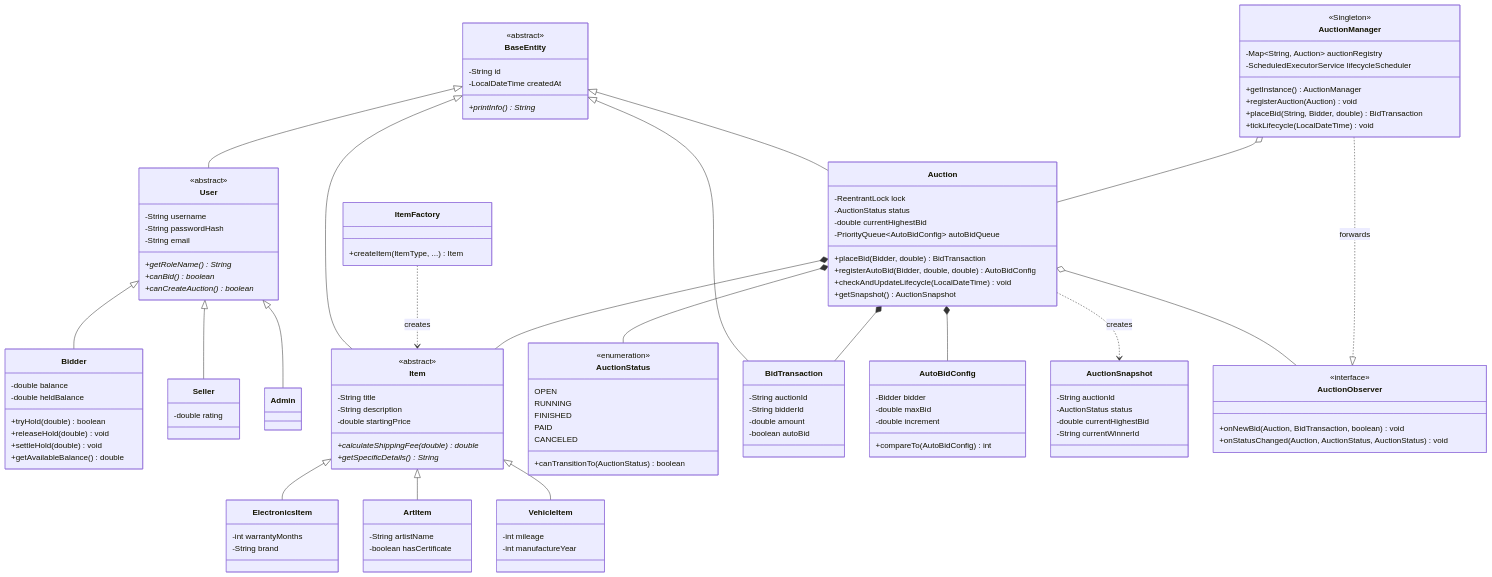
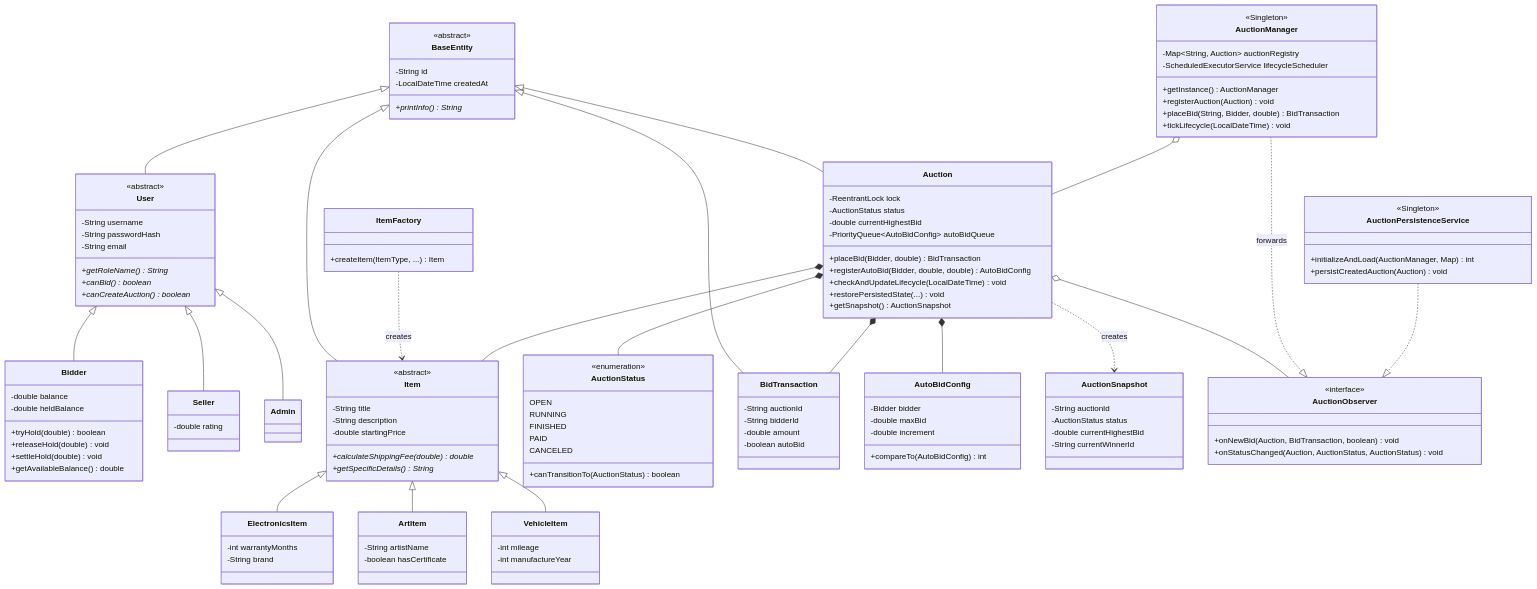
The second of 4 diagrams in README.md (manhmanu28-dotcom/ltnc-btl), drawn with Mermaid before and after one commit. The commit also changed other lines of this file, not shown here.

````diff
--- a/README.md
+++ b/README.md
@@ -258,6 +283,7 @@
         +placeBid(Bidder, double) BidTransaction
         +registerAutoBid(Bidder, double, double) AutoBidConfig
         +checkAndUpdateLifecycle(LocalDateTime) void
+        +restorePersistedState(...) void
         +getSnapshot() AuctionSnapshot
     }
 
@@ -308,6 +334,12 @@
         +onStatusChanged(Auction, AuctionStatus, AuctionStatus) void
     }
 
+    class AuctionPersistenceService {
+        <<Singleton>>
+        +initializeAndLoad(AuctionManager, Map) int
+        +persistCreatedAuction(Auction) void
+    }
+
     BaseEntity <|-- User
     BaseEntity <|-- Item
     BaseEntity <|-- Auction
@@ -327,4 +359,5 @@
     Auction o-- AuctionObserver
     AuctionManager o-- Auction
     AuctionManager ..|> AuctionObserver : forwards
+    AuctionPersistenceService ..|> AuctionObserver
 ```
````
